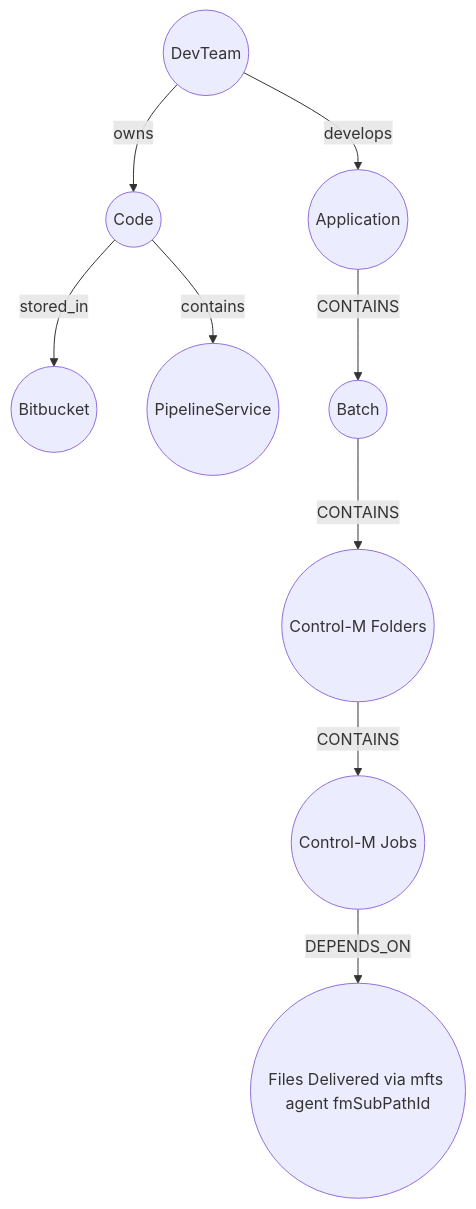
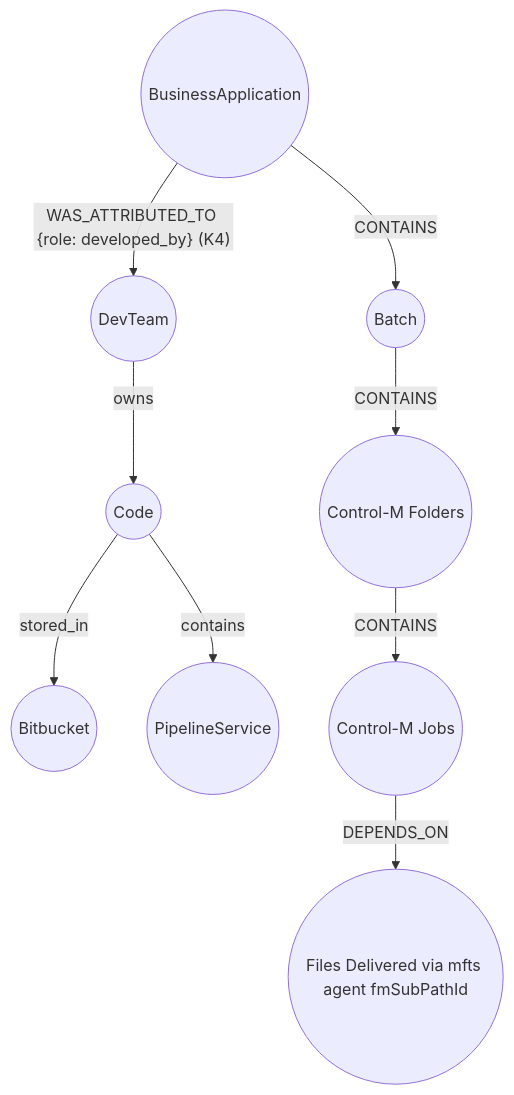
One commit to ce-wilson/DryDocs changed the diagram in knowledge/ontology/DryDocs_Ontology_Documentation.md. Above: the diagram before and after it, drawn with Mermaid. The commit also changed other lines of this file and 2 other files, not shown here.

````diff
--- a/knowledge/ontology/DryDocs_Ontology_Documentation.md
+++ b/knowledge/ontology/DryDocs_Ontology_Documentation.md
@@ -141,11 +141,11 @@
 ```mermaid
 graph TD
-    DevTeam((DevTeam)) -- develops --> App((Application))
+    App((BusinessApplication)) -- "WAS_ATTRIBUTED_TO {role: developed_by} (K4)" --> DevTeam((DevTeam))
     DevTeam -- owns --> Code((Code))
     Code -- stored_in --> Bitbucket((Bitbucket))
     Code -- contains --> PS((PipelineService))
     App -- CONTAINS --> Batch((Batch))
     Batch -- CONTAINS --> CTMFolder((Control-M Folders))
     CTMFolder -- CONTAINS --> CTMJob((Control-M Jobs))
     CTMJob -- DEPENDS_ON --> File((Files Delivered via mfts agent fmSubPathId))
 ```
````
